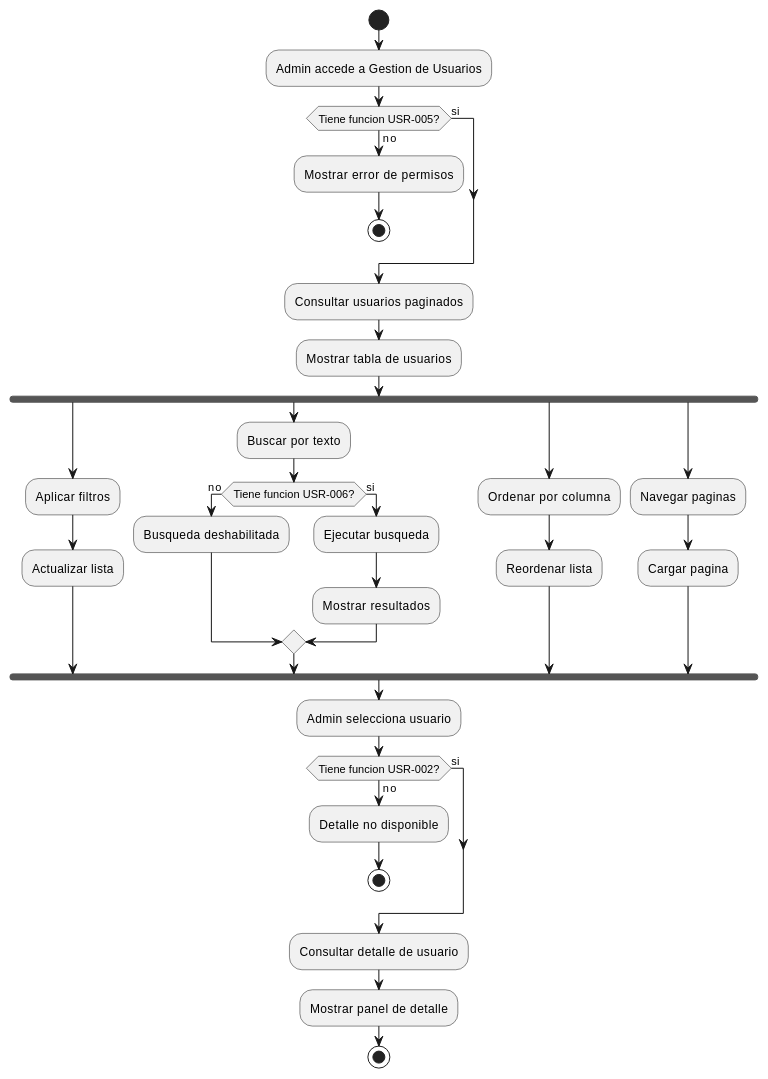
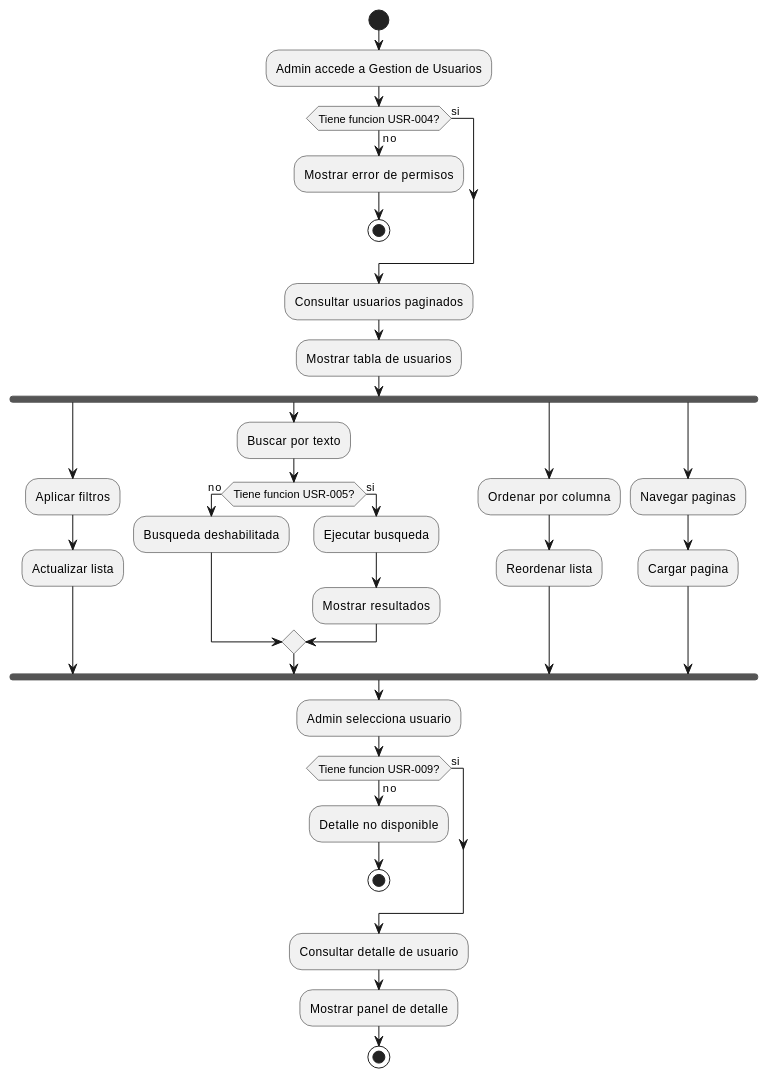
One commit to jcg-admin/IACT-docs changed the third of 3 diagrams in source/requisitos/casos-uso/users/uc-usr-02-consultar-usuarios.rst. Above: the diagram before and after it, drawn with PlantUML. The commit also changed other lines of this file and 8 other files, not shown here.

```diff
--- a/source/requisitos/casos-uso/users/uc-usr-02-consultar-usuarios.rst
+++ b/source/requisitos/casos-uso/users/uc-usr-02-consultar-usuarios.rst
@@ -395,53 +395,53 @@
 .. uml::
  :caption: Diagrama de Actividad - UC_USR_02
 
  @startuml
 
  start
 
  :Admin accede a Gestion de Usuarios;
 
- if (Tiene funcion USR-005?) then (no)
+ if (Tiene funcion USR-004?) then (no)
  :Mostrar error de permisos;
  stop
  else (si)
  endif
 
  :Consultar usuarios paginados;
 
  :Mostrar tabla de usuarios;
 
  fork
  :Aplicar filtros;
  :Actualizar lista;
  fork again
  :Buscar por texto;
- if (Tiene funcion USR-006?) then (no)
+ if (Tiene funcion USR-005?) then (no)
  :Busqueda deshabilitada;
  else (si)
  :Ejecutar busqueda;
  :Mostrar resultados;
  endif
  fork again
  :Ordenar por columna;
  :Reordenar lista;
  fork again
  :Navegar paginas;
  :Cargar pagina;
  end fork
 
  :Admin selecciona usuario;
 
- if (Tiene funcion USR-002?) then (no)
+ if (Tiene funcion USR-009?) then (no)
  :Detalle no disponible;
  stop
  else (si)
  endif
 
  :Consultar detalle de usuario;
 
  :Mostrar panel de detalle;
 
  stop
 
  @enduml
```
